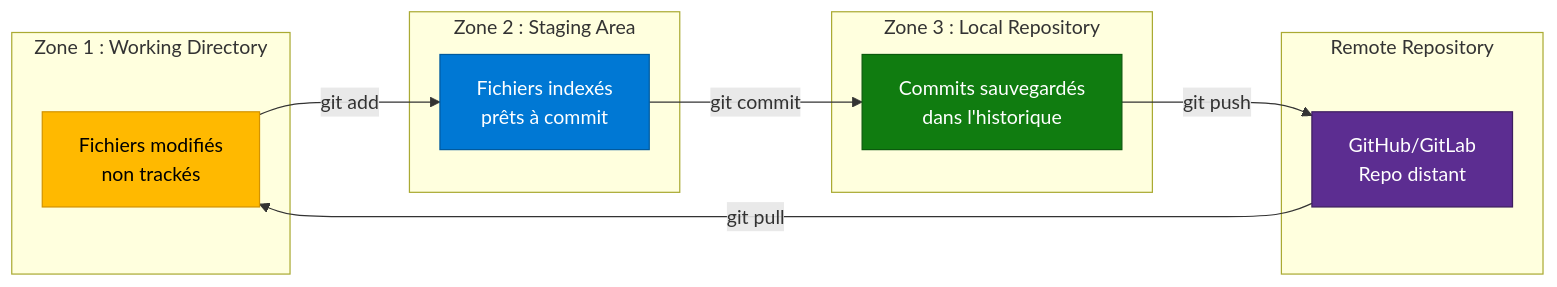
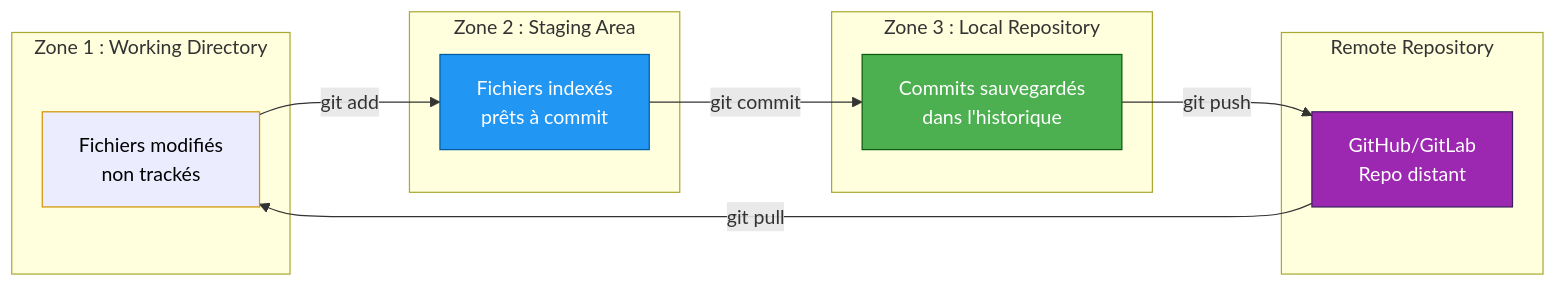
One commit to VBlackJack/ShellBook changed the diagram in docs/formations/devops-foundation/01-module.md. Above: the diagram before and after it, drawn with Mermaid. The commit also changed 337 other files, not shown here.

First line of the commit message:
refactor(docs): Standardize code blocks and Mermaid colors

````diff
--- a/docs/formations/devops-foundation/01-module.md
+++ b/docs/formations/devops-foundation/01-module.md
@@ -39,28 +39,28 @@
 ```mermaid
 flowchart LR
     subgraph "Zone 1 : Working Directory"
         A[Fichiers modifiés<br/>non trackés]
     end
 
     subgraph "Zone 2 : Staging Area"
         B[Fichiers indexés<br/>prêts à commit]
     end
 
     subgraph "Zone 3 : Local Repository"
         C[Commits sauvegardés<br/>dans l'historique]
     end
 
     subgraph "Remote Repository"
         D[GitHub/GitLab<br/>Repo distant]
     end
 
     A -->|git add| B
     B -->|git commit| C
     C -->|git push| D
     D -->|git pull| A
 
-    style A fill:#ffb900,stroke:#d39300,color:#000
-    style B fill:#0078d4,stroke:#005a9e,color:#fff
-    style C fill:#107c10,stroke:#0b5a0d,color:#fff
-    style D fill:#5c2d91,stroke:#3d1e5f,color:#fff
+    style A fill:#FF9800800800,stroke:#d39300,color:#000
+    style B fill:#2196F3,stroke:#005a9e,color:#fff
+    style C fill:#4CAF50,stroke:#0b5a0d,color:#fff
+    style D fill:#9C27B0,stroke:#3d1e5f,color:#fff
 ```
````
